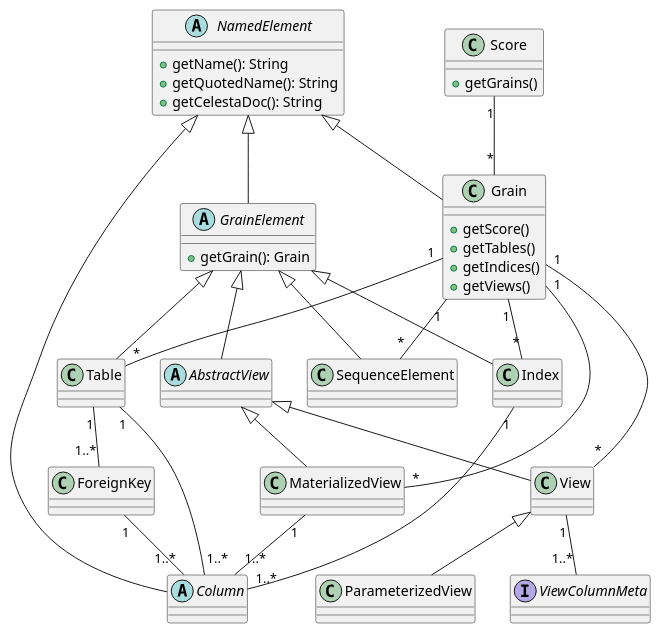
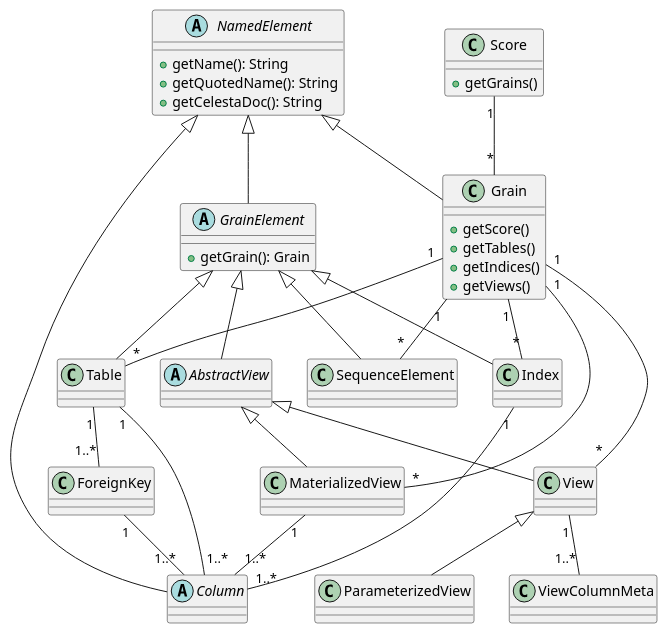
Before and after one commit to CourseOrchestra/celesta: the fourth of 5 diagrams in celesta-documentation/src/main/asciidoc/uml.adoc, drawn with PlantUML. The commit also changed other lines of this file and 10 other files, not shown here.

Commit message:
supported dbs, best practices, dbschema

```diff
--- a/celesta-documentation/src/main/asciidoc/uml.adoc
+++ b/celesta-documentation/src/main/asciidoc/uml.adoc
@@ -178,7 +178,7 @@
 
 }
 
-interface ViewColumnMeta {
+class ViewColumnMeta {
 
 }
 
```
